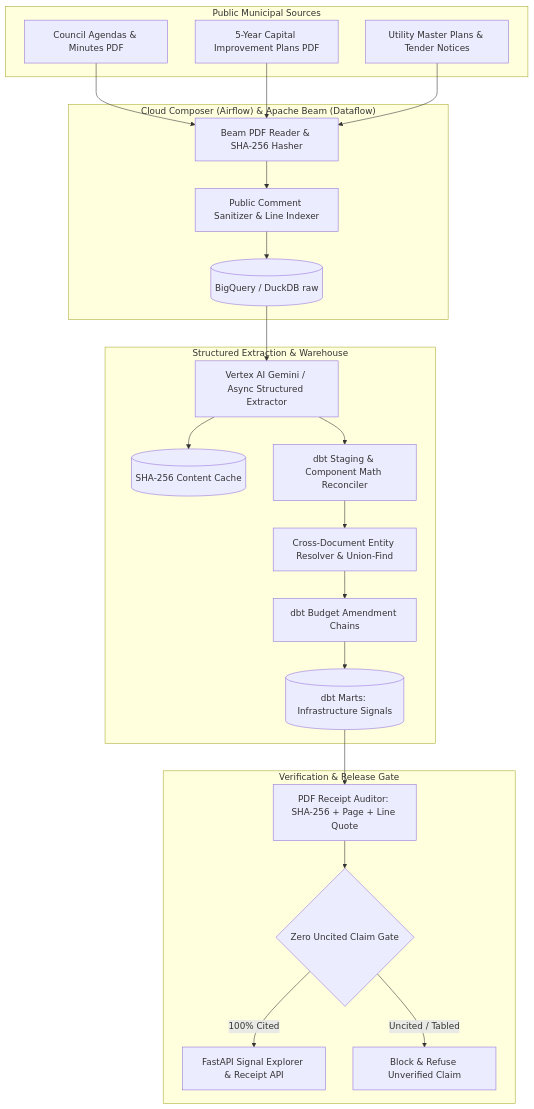
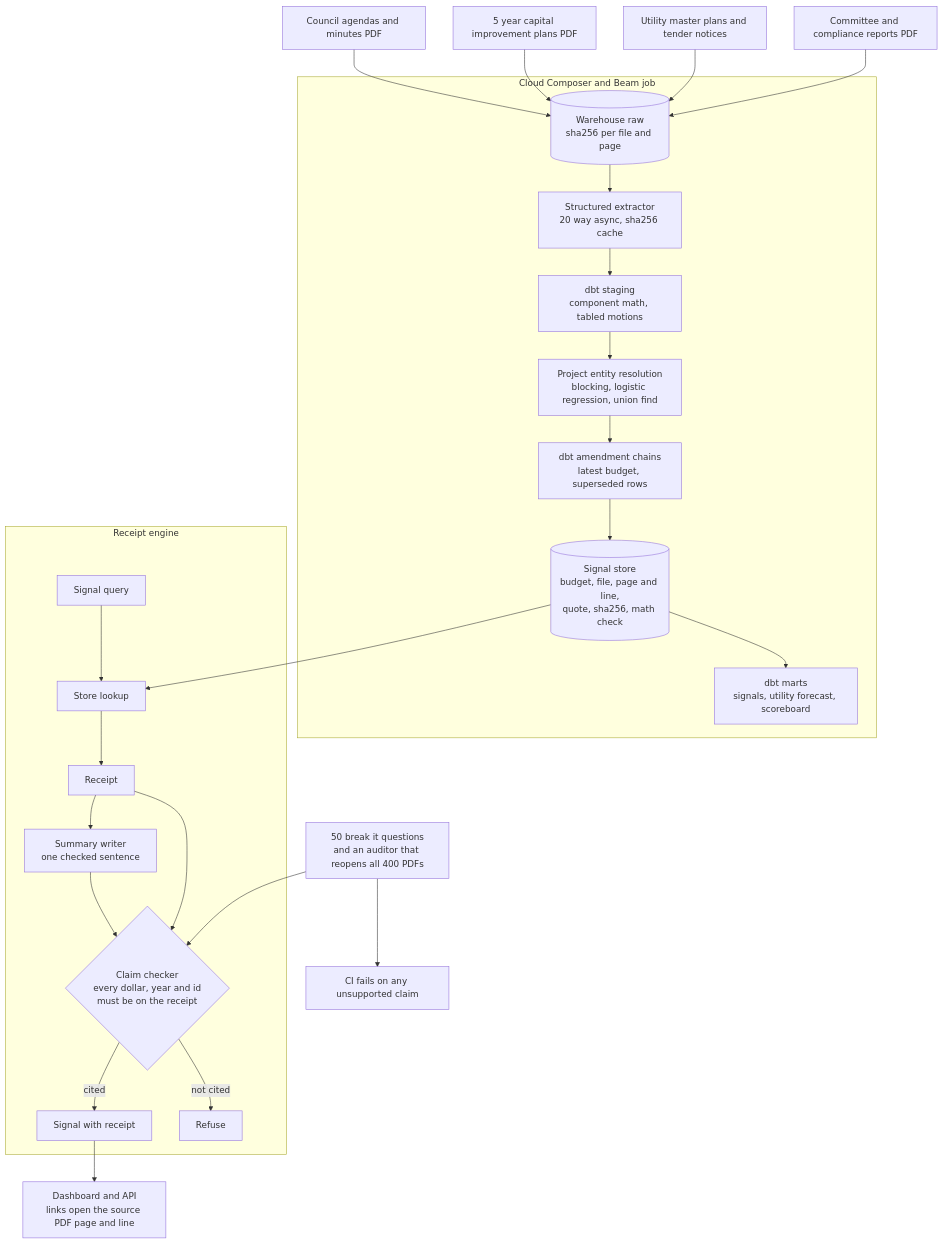
The diagram in README.md (manishreddy998/municipal-capital-pipeline), drawn with Mermaid before and after one commit. The commit also changed other lines of this file and 10 other files, not shown here.

Commit message:
Add Streamlit receipt dashboard and render Mermaid architecture diagram

````diff
--- a/README.md
+++ b/README.md
@@ -43,32 +40,27 @@
 ```mermaid
 flowchart TB
-  subgraph Sources["Public Municipal Sources"]
-    CA[Council Agendas & Minutes PDF]
-    CIP[5-Year Capital Improvement Plans PDF]
-    RFP[Utility Master Plans & Tender Notices]
+  CA[Council agendas and minutes PDF] --> RAW
+  CIP[5 year capital improvement plans PDF] --> RAW
+  RFP[Utility master plans and tender notices] --> RAW
+  CM[Committee and compliance reports PDF] --> RAW
+  subgraph Pipeline [Cloud Composer and Beam job]
+    RAW[(Warehouse raw<br/>sha256 per file and page)] --> EXT[Structured extractor<br/>20 way async, sha256 cache]
+    EXT --> STG[dbt staging<br/>component math, tabled motions]
+    STG --> RES[Project entity resolution<br/>blocking, logistic regression, union find]
+    RES --> CHN[dbt amendment chains<br/>latest budget, superseded rows]
+    CHN --> EV[(Signal store<br/>budget, file, page and line,<br/>quote, sha256, math check)]
+    EV --> MRT[dbt marts<br/>signals, utility forecast, scoreboard]
   end
-
-  subgraph Ingestion["Cloud Composer (Airflow) & Apache Beam (Dataflow)"]
-    CA --> BM[Beam PDF Reader & SHA-256 Hasher]
-    CIP --> BM
-    RFP --> BM
-    BM --> SAN[Public Comment Sanitizer & Line Indexer]
-    SAN --> RAW[(BigQuery / DuckDB raw)]
+  subgraph Verify [Receipt engine]
+    Q[Signal query] --> L[Store lookup] --> RC[Receipt]
+    RC --> M[Summary writer<br/>one checked sentence]
+    M --> CK{Claim checker<br/>every dollar, year and id<br/>must be on the receipt}
+    RC --> CK
+    CK -->|cited| OUT[Signal with receipt]
+    CK -->|not cited| REF[Refuse]
   end
-
-  subgraph Extraction["Structured Extraction & Warehouse"]
-    RAW --> EXT[Vertex AI Gemini / Async Structured Extractor]
-    EXT --> CACHE[(SHA-256 Content Cache)]
-    EXT --> STG[dbt Staging & Component Math Reconciler]
-    STG --> ER[Cross-Document Entity Resolver & Union-Find]
-    ER --> CHN[dbt Budget Amendment Chains]
-    CHN --> MRT[(dbt Marts: Infrastructure Signals)]
-  end
-
-  subgraph Gate["Verification & Release Gate"]
-    MRT --> AUD[PDF Receipt Auditor: SHA-256 + Page + Line Quote]
-    AUD --> GATE{Zero Uncited Claim Gate}
-    GATE -->|100% Cited| UI[FastAPI Signal Explorer & Receipt API]
-    GATE -->|Uncited / Tabled| REF[Block & Refuse Unverified Claim]
-  end
+  EV --> L
+  OUT --> UI[Dashboard and API<br/>links open the source PDF page and line]
+  BK[50 break it questions<br/>and an auditor that reopens all 400 PDFs] --> CK
+  BK --> CI[CI fails on any unsupported claim]
 ```
````
